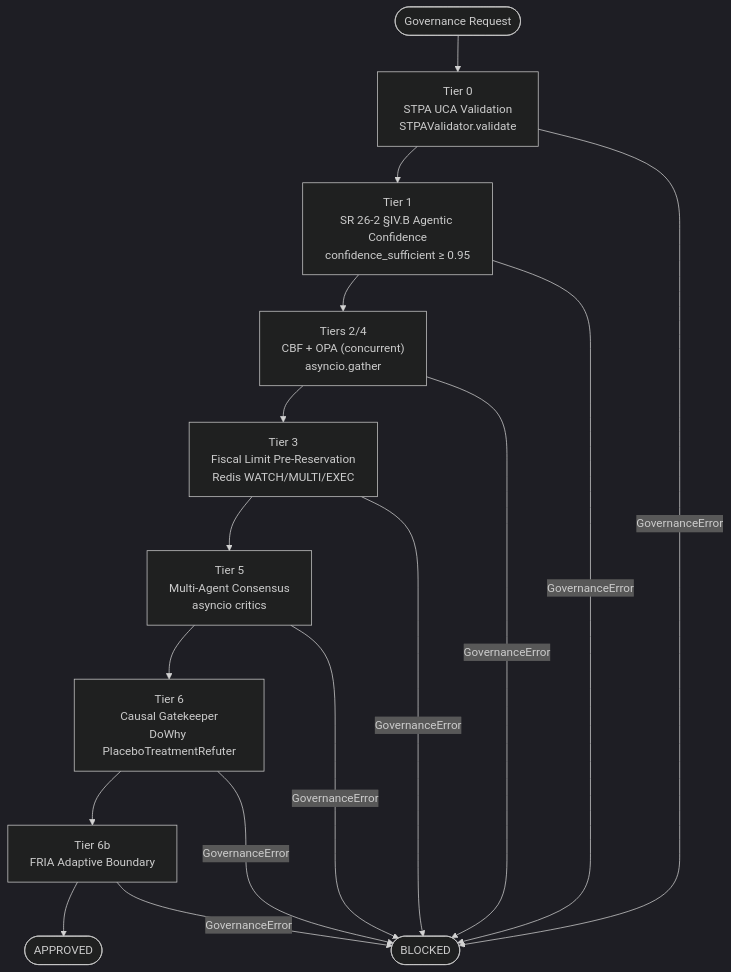
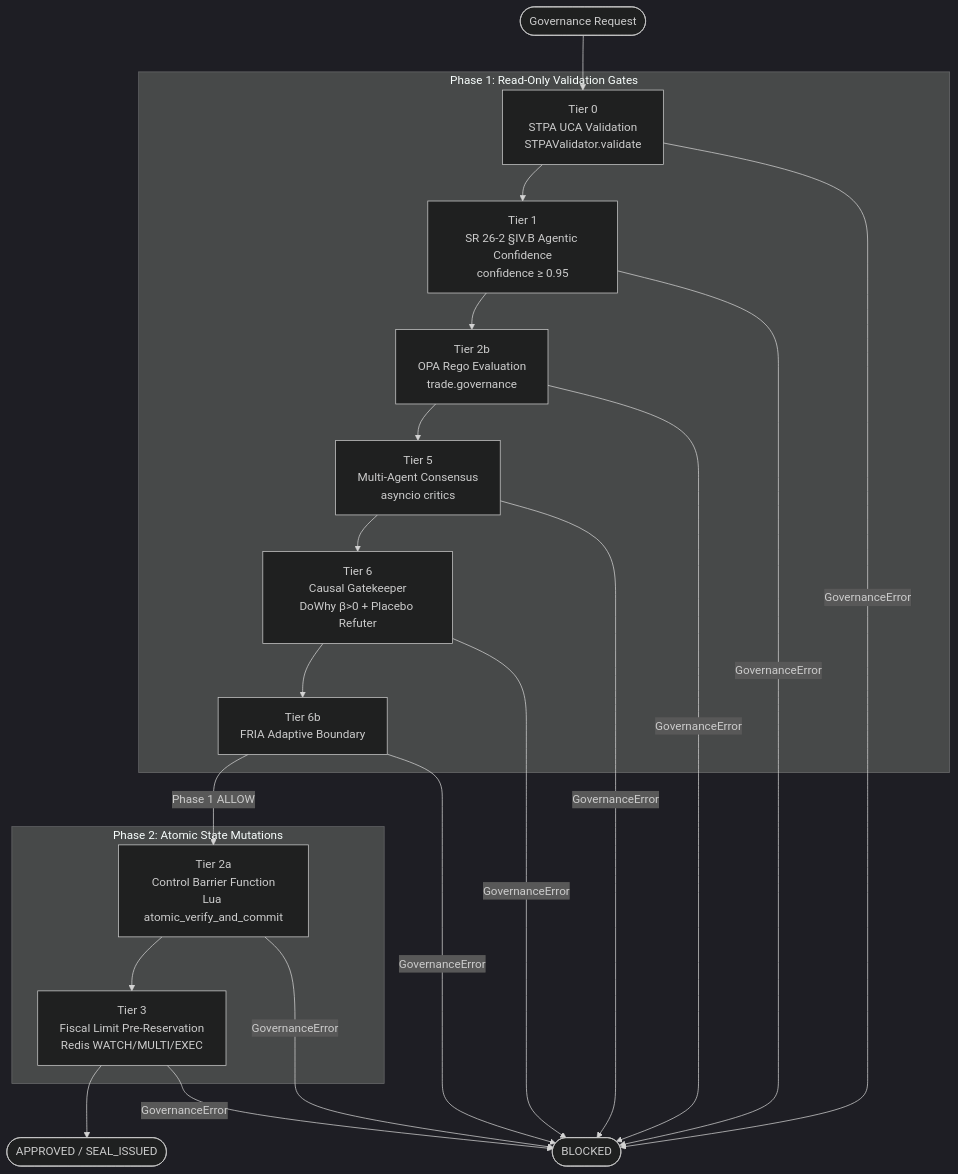
The fifth of 5 diagrams in docs/technical-report/02-ARCHITECTURE.md (google/cybernetic-agent-governance-engine), drawn with Mermaid (dark theme) before and after one commit. The commit also changed other lines of this file and 40 other files, not shown here.

````diff
--- a/docs/technical-report/02-ARCHITECTURE.md
+++ b/docs/technical-report/02-ARCHITECTURE.md
@@ -331,19 +331,33 @@
 ```mermaid
 flowchart TD
-    Input([Governance Request]) --> T0[Tier 0\nSTPA UCA Validation\nSTPAValidator.validate]
-    T0 --> T1["Tier 1\nSR 26-2 §IV.B Agentic Confidence\nconfidence_sufficient ≥ 0.95"]
-    T1 --> T24["Tiers 2/4\nCBF + OPA (concurrent)\nasyncio.gather"]
-    T24 --> T3[Tier 3\nFiscal Limit Pre-Reservation\nRedis WATCH/MULTI/EXEC]
-    T3 --> T5[Tier 5\nMulti-Agent Consensus\nasyncio critics]
-    T5 --> T6[Tier 6\nCausal Gatekeeper\nDoWhy PlaceboTreatmentRefuter]
-    T6 --> T6b[Tier 6b\nFRIA Adaptive Boundary]
-    T6b --> Approved([APPROVED])
+    subgraph P1["Phase 1: Read-Only Validation Gates"]
+        T0[Tier 0\nSTPA UCA Validation\nSTPAValidator.validate]
+        T1["Tier 1\nSR 26-2 §IV.B Agentic Confidence\nconfidence ≥ 0.95"]
+        T2b["Tier 2b\nOPA Rego Evaluation\ntrade.governance"]
+        T5[Tier 5\nMulti-Agent Consensus\nasyncio critics]
+        T6[Tier 6\nCausal Gatekeeper\nDoWhy β>0 + Placebo Refuter]
+        T6b[Tier 6b\nFRIA Adaptive Boundary]
+
+        T0 --> T1 --> T2b --> T5 --> T6 --> T6b
+    end
+
+    subgraph P2["Phase 2: Atomic State Mutations"]
+        T2a["Tier 2a\nControl Barrier Function\nLua atomic_verify_and_commit"]
+        T3[Tier 3\nFiscal Limit Pre-Reservation\nRedis WATCH/MULTI/EXEC]
+
+        T2a --> T3
+    end
+
+    Input([Governance Request]) --> T0
+    T6b -->|Phase 1 ALLOW| T2a
+    T3 --> Approved([APPROVED / SEAL_ISSUED])
 
     T0 -->|GovernanceError| Blocked([BLOCKED])
     T1 -->|GovernanceError| Blocked
-    T24 -->|GovernanceError| Blocked
-    T3 -->|GovernanceError| Blocked
+    T2b -->|GovernanceError| Blocked
     T5 -->|GovernanceError| Blocked
     T6 -->|GovernanceError| Blocked
     T6b -->|GovernanceError| Blocked
+    T2a -->|GovernanceError| Blocked
+    T3 -->|GovernanceError| Blocked
 ```
````
